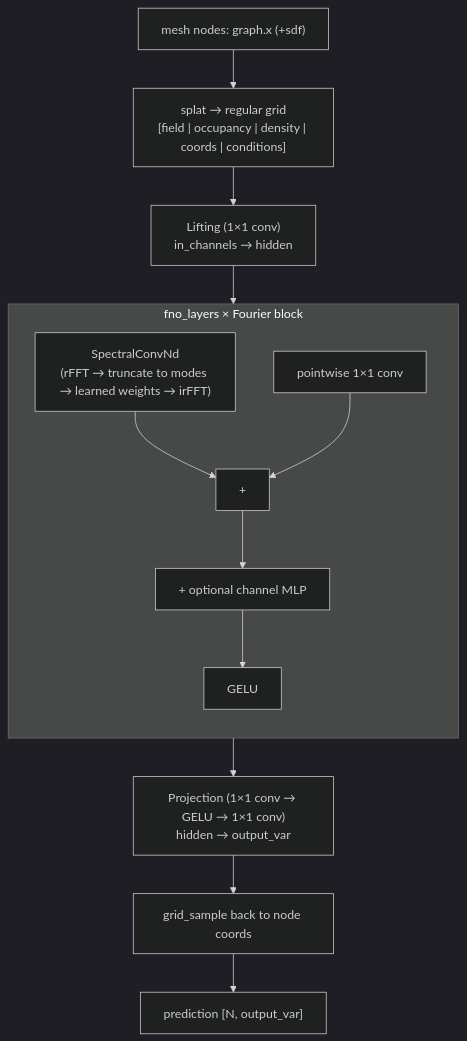
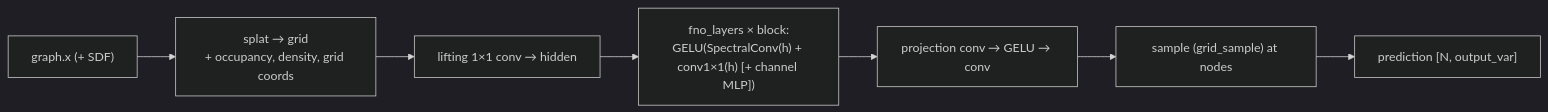
The diagram in docs/methods/07_FNO.md (leesihun/AI-CAE4ALL), drawn with Mermaid (dark theme) before and after one commit. The commit also changed other lines of this file and 138 other files, not shown here.

````diff
--- a/docs/methods/07_FNO.md
+++ b/docs/methods/07_FNO.md
@@ -68,18 +25,9 @@
 ```mermaid
-flowchart TD
-    M["mesh nodes: graph.x (+sdf)"] --> SPL["splat → regular grid\n[field | occupancy | density | coords | conditions]"]
-    SPL --> LIFT["Lifting (1×1 conv)\nin_channels → hidden"]
-    LIFT --> BLK
-
-    subgraph BLK["fno_layers × Fourier block"]
-        direction TB
-        SC["SpectralConvNd\n(rFFT → truncate to modes → learned weights → irFFT)"] --> ADD["+"]
-        PW["pointwise 1×1 conv"] --> ADD
-        ADD --> CMLP["+ optional channel MLP"]
-        CMLP --> ACT["GELU"]
-    end
-
-    BLK --> PROJ["Projection (1×1 conv → GELU → 1×1 conv)\nhidden → output_var"]
-    PROJ --> SMP["grid_sample back to node coords"]
-    SMP --> OUT["prediction [N, output_var]"]
+flowchart LR
+    X["graph.x (+ SDF)"] --> SPLAT["splat → grid<br/>+ occupancy, density, grid coords"]
+    SPLAT --> LIFT["lifting 1×1 conv → hidden"]
+    LIFT --> BLK["fno_layers × block:<br/>GELU(SpectralConv(h) + conv1×1(h) [+ channel MLP])"]
+    BLK --> PROJ["projection conv → GELU → conv"]
+    PROJ --> SAMPLE["sample (grid_sample) at nodes"]
+    SAMPLE --> OUT["prediction [N, output_var]"]
 ```
````
